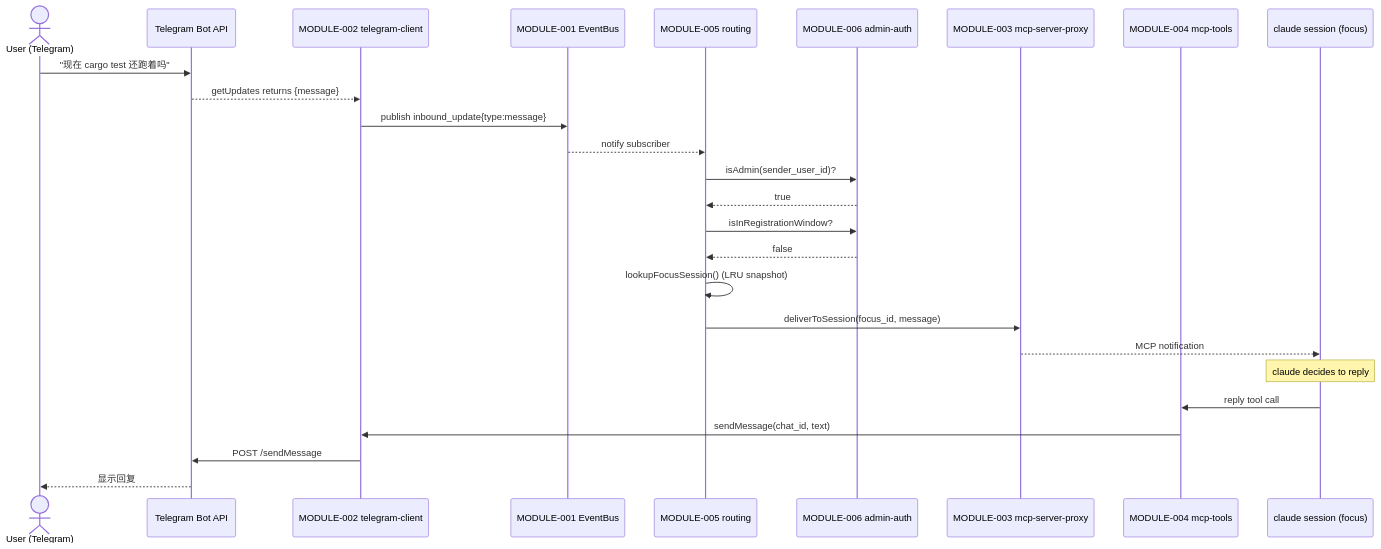
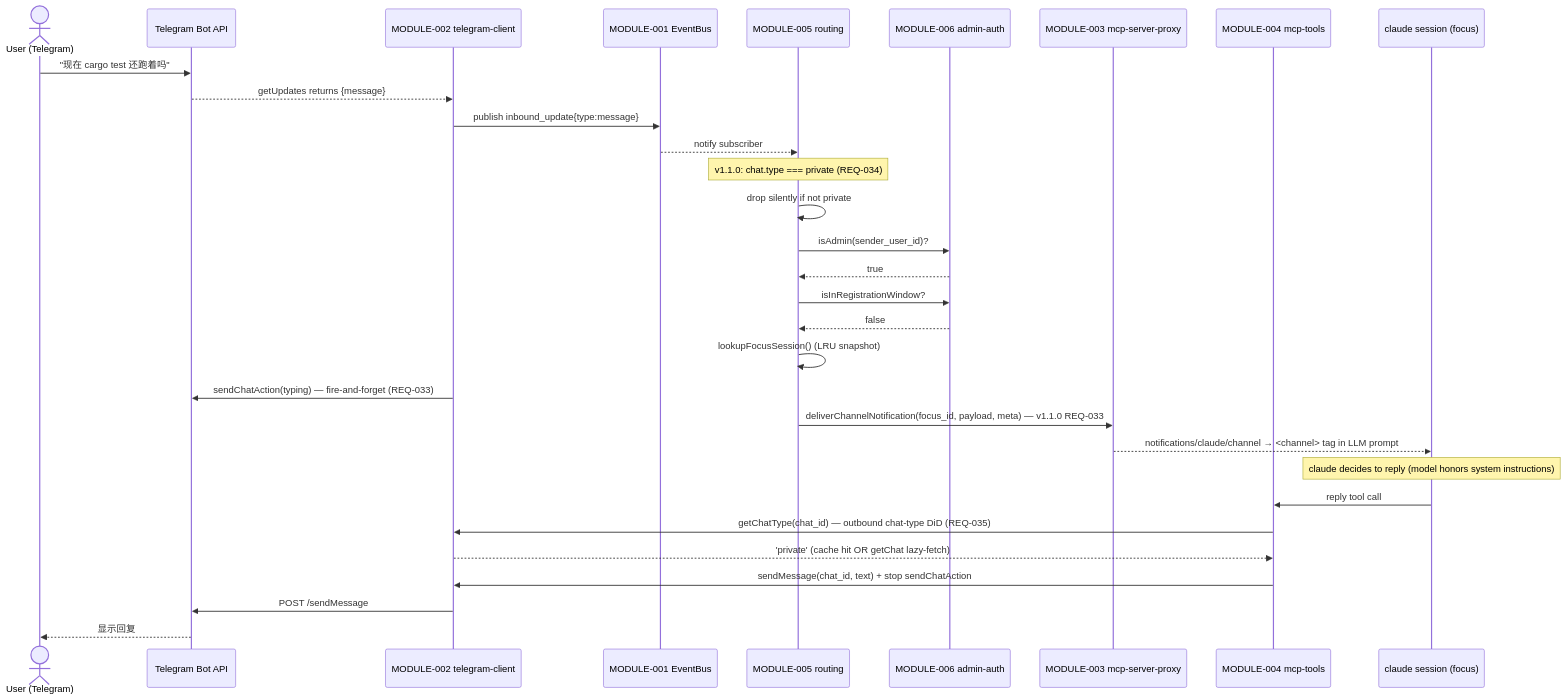
The second of 5 diagrams in docs/ARCHITECTURE.md (advancinggg/advance-kit), drawn with Mermaid before and after one commit. The commit also changed other lines of this file and 1 other file, not shown here.

Commit message:
docs(arch): v1.1.0 channel-protocol and chat-type validation

````diff
--- a/docs/ARCHITECTURE.md
+++ b/docs/ARCHITECTURE.md
@@ -220,29 +220,34 @@
 ```mermaid
 sequenceDiagram
     actor U as User (Telegram)
     participant TG as Telegram Bot API
     participant DC as MODULE-002 telegram-client
     participant EB as MODULE-001 EventBus
     participant RT as MODULE-005 routing
     participant AA as MODULE-006 admin-auth
     participant SP as MODULE-003 mcp-server-proxy
     participant MT as MODULE-004 mcp-tools
     participant CL as claude session (focus)
 
     U->>TG: "现在 cargo test 还跑着吗"
     TG-->>DC: getUpdates returns {message}
     DC->>EB: publish inbound_update{type:message}
     EB-->>RT: notify subscriber
+    Note over RT: v1.1.0: chat.type === private (REQ-034)
+    RT->>RT: drop silently if not private
     RT->>AA: isAdmin(sender_user_id)?
     AA-->>RT: true
     RT->>AA: isInRegistrationWindow?
     AA-->>RT: false
     RT->>RT: lookupFocusSession() (LRU snapshot)
-    RT->>SP: deliverToSession(focus_id, message)
-    SP-->>CL: MCP notification
-    Note over CL: claude decides to reply
+    DC->>TG: sendChatAction(typing) — fire-and-forget (REQ-033)
+    RT->>SP: deliverChannelNotification(focus_id, payload, meta) — v1.1.0 REQ-033
+    SP-->>CL: notifications/claude/channel → <channel> tag in LLM prompt
+    Note over CL: claude decides to reply (model honors system instructions)
     CL->>MT: reply tool call
-    MT->>DC: sendMessage(chat_id, text)
+    MT->>DC: getChatType(chat_id) — outbound chat-type DiD (REQ-035)
+    DC-->>MT: 'private' (cache hit OR getChat lazy-fetch)
+    MT->>DC: sendMessage(chat_id, text) + stop sendChatAction
     DC->>TG: POST /sendMessage
     TG-->>U: 显示回复
 ```
````
